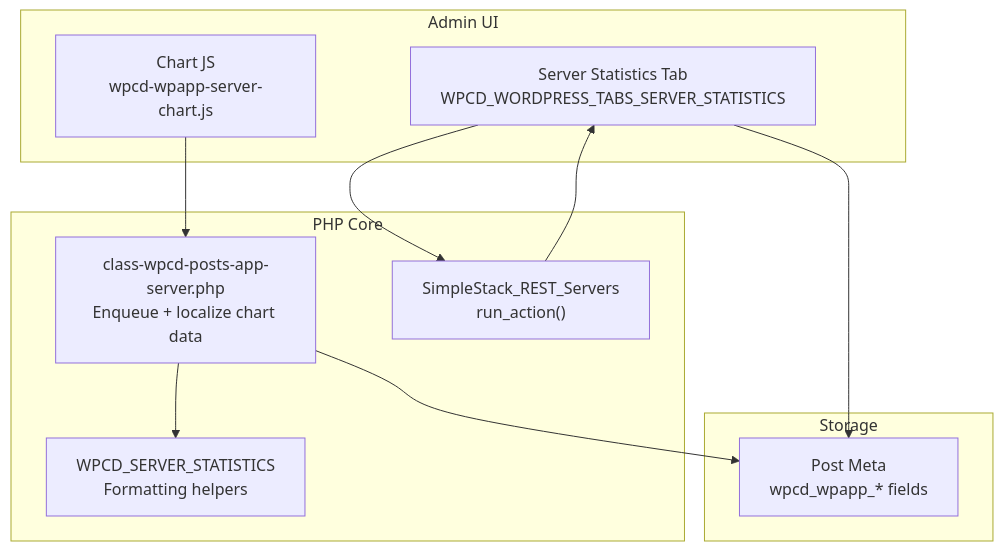
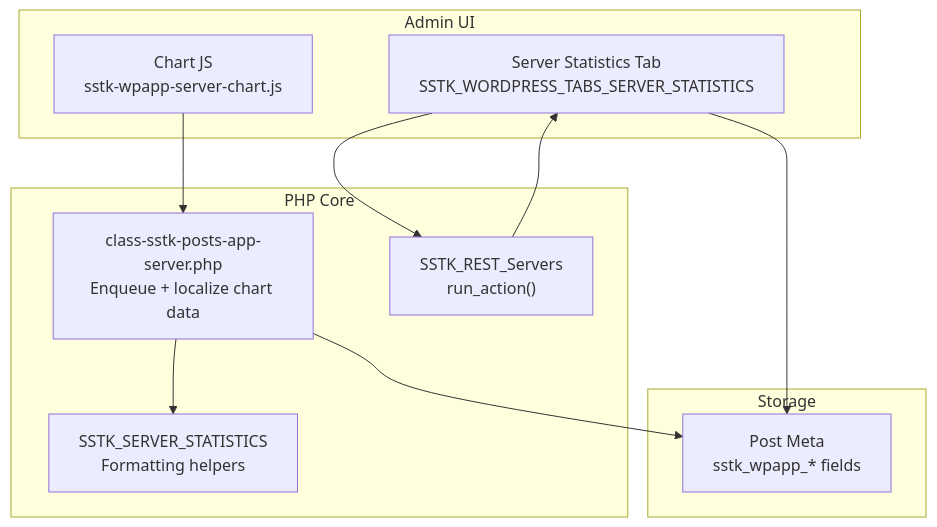
The first of 7 diagrams in .qoder/repowiki/en/content/Operational Tools/Monitoring Solutions/Built-in Server Statistics Collection.md (onedogsolutions/simple-stack), drawn with Mermaid before and after one commit. The commit also changed other lines of this file and 5941 other files, not shown here.

First line of the commit message:
refactor(core): rebrand WPCloudDeploy to Simple Stack with new namespaces and prefixes

````diff
--- a/.qoder/repowiki/en/content/Operational Tools/Monitoring Solutions/Built-in Server Statistics Collection.md
+++ b/.qoder/repowiki/en/content/Operational Tools/Monitoring Solutions/Built-in Server Statistics Collection.md
@@ -44,21 +44,21 @@
 ```mermaid
 graph TB
 subgraph "Admin UI"
-TAB["Server Statistics Tab<br/>WPCD_WORDPRESS_TABS_SERVER_STATISTICS"]
-CHART_JS["Chart JS<br/>wpcd-wpapp-server-chart.js"]
+TAB["Server Statistics Tab<br/>SSTK_WORDPRESS_TABS_SERVER_STATISTICS"]
+CHART_JS["Chart JS<br/>sstk-wpapp-server-chart.js"]
 end
 subgraph "PHP Core"
-CLASS_STATS["WPCD_SERVER_STATISTICS<br/>Formatting helpers"]
-POSTS_APP["class-wpcd-posts-app-server.php<br/>Enqueue + localize chart data"]
-REST["SimpleStack_REST_Servers<br/>run_action()"]
+CLASS_STATS["SSTK_SERVER_STATISTICS<br/>Formatting helpers"]
+POSTS_APP["class-sstk-posts-app-server.php<br/>Enqueue + localize chart data"]
+REST["SSTK_REST_Servers<br/>run_action()"]
 end
 subgraph "Storage"
-META["Post Meta<br/>wpcd_wpapp_* fields"]
+META["Post Meta<br/>sstk_wpapp_* fields"]
 end
 TAB --> REST
 REST --> TAB
 POSTS_APP --> CLASS_STATS
 POSTS_APP --> META
 CHART_JS --> POSTS_APP
 TAB --> META
 ```
````
